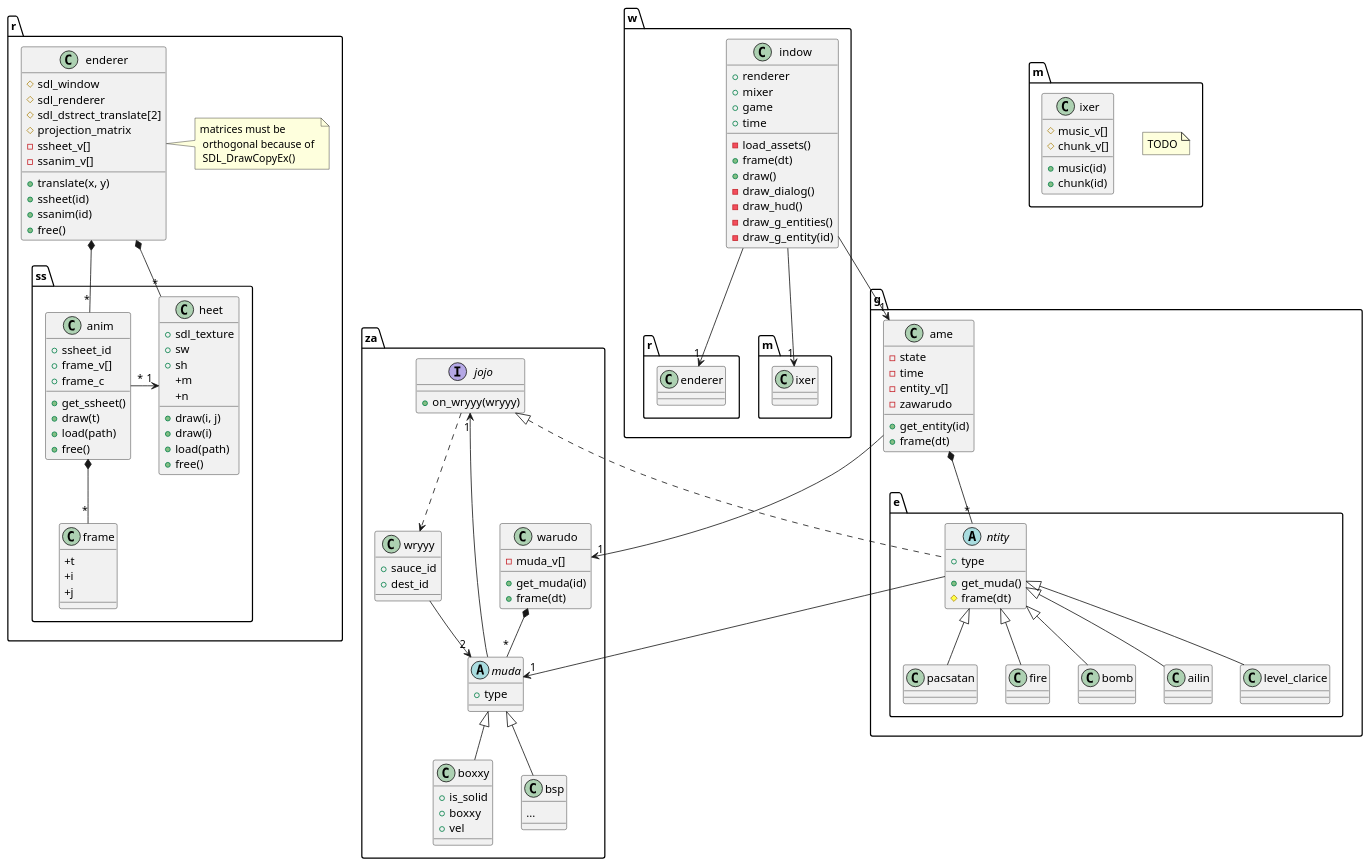
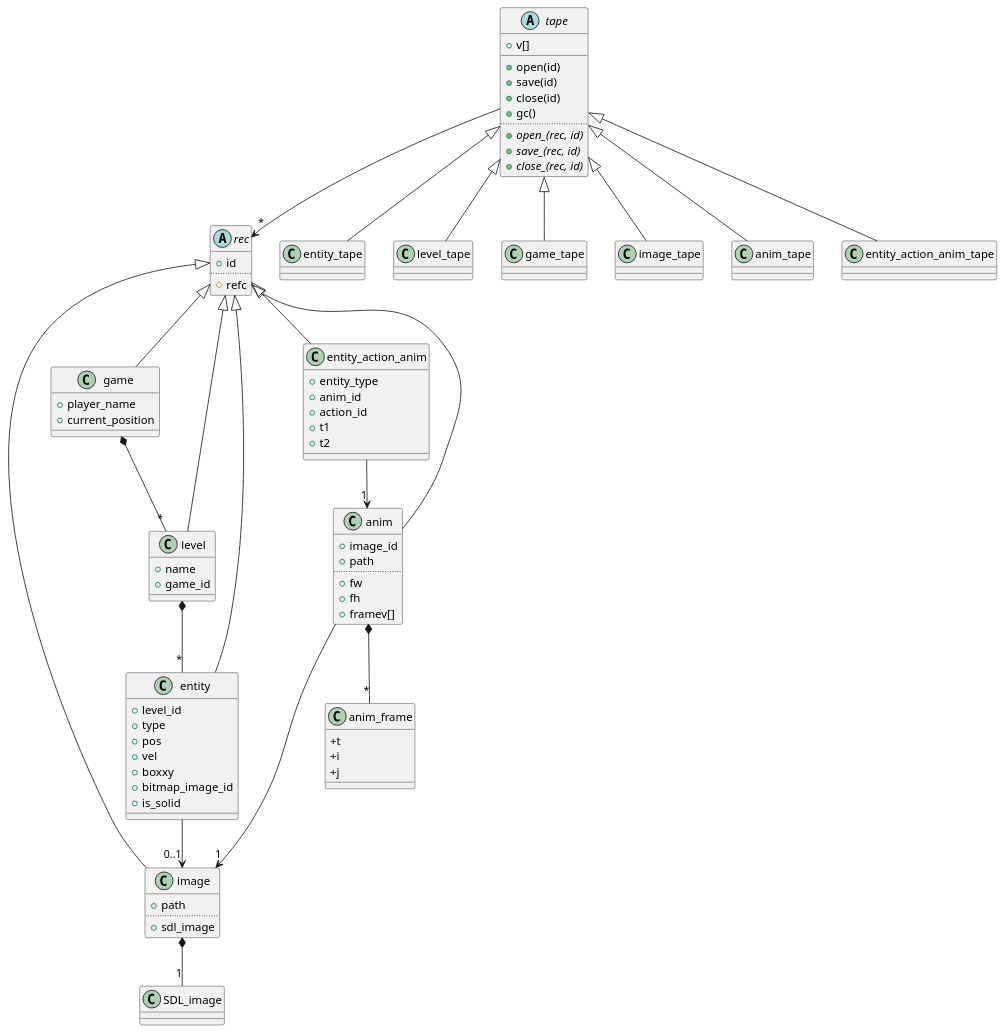
One commit to skylittlesystem/blank_game changed the diagram in doc/classes.plantuml. Above: the diagram before and after it, drawn with PlantUML.

Commit message:
WIP: Completely redesign class diagram.
Stuff is now based around a relational database.

```diff
--- a/doc/classes.plantuml
+++ b/doc/classes.plantuml
@@ -1,162 +1,104 @@
 @startuml
 
-namespace za {
-	interface jojo {
-		+on_wryyy(wryyy)
-	}
-
-	jojo ..> wryyy
-
-	abstract class muda {
-		+type
-	}
-
-	muda --> "1" jojo
-
-	class boxxy {
-		+is_solid
-		+boxxy
-		+vel
-	}
-
-	muda <|-- boxxy
-
-	class bsp {
-		...
-	}
-
-	muda <|-- bsp
-
-	class wryyy {
-		+sauce_id
-		+dest_id
-	}
-
-	wryyy --> "2" muda
-
-	class warudo {
-		-muda_v[]
-		+get_muda(id)
-		+frame(dt)
-	}
-
-	warudo *-- "*" muda
+abstract class rec {
+	+id
+	..
+	#refc
 }
 
-namespace g {
-	namespace e {
-		abstract class ntity {
-			+type
-			+get_muda()
-			#frame(dt)
-		}
-
-		za.jojo <|.. ntity
-		ntity --> "1" za.muda
-
-		ntity <|-- ailin
-		ntity <|-- level_clarice
-		ntity <|-- pacsatan
-		ntity <|-- fire
-		ntity <|-- bomb
-	}
-
-
-	class ame {
-		-state
-		-time
-		-entity_v[]
-		-zawarudo
-		+get_entity(id)
-		+frame(dt)
-	}
-
-	ame --> "1" za.warudo
-	ame *-- "*" g.e.ntity
+abstract class tape {
+	+v[]
+	__
+	+open(id)
+	+save(id)
+	+close(id)
+	+gc()
+	..
+	{abstract} +open_(rec, id)
+	{abstract} +save_(rec, id)
+	{abstract} +close_(rec, id)
 }
 
-namespace w {
-	class indow {
-		+renderer
-		+mixer
-		+game
-		+time
-		-load_assets()
-		+frame(dt)
-		+draw()
-		-draw_dialog()
-		-draw_hud()
-		-draw_g_entities()
-		-draw_g_entity(id)
-	}
+tape --> "*" rec
 
-	indow --> "1" r.enderer
-	indow --> "1" m.ixer
-	indow --> "1" g.ame
+class entity {
+	+level_id
+	+type
+	+pos
+	+vel
+	+boxxy
+	+bitmap_image_id
+	+is_solid
 }
 
-namespace r {
-	namespace ss {
-		class heet {
-			+sdl_texture
-			+sw
-			+sh
-			+m
-			+n
-			+draw(i, j)
-			+draw(i)
-			+load(path)
-			+free()
-		}
+entity --> "0..1" image
 
-		class frame {
-			+t
-			+i
-			+j
-		}
+rec <|-- entity
+tape <|-- entity_tape
 
-		class anim {
-			+ssheet_id
-			+frame_v[]
-			+frame_c
-			+get_ssheet()
-			+draw(t)
-			+load(path)
-			+free()
-		}
-
-		anim *-- "*" frame
-		anim "*" -> "1" heet
-	}
-
-	class enderer {
-		#sdl_window
-		#sdl_renderer
-		#sdl_dstrect_translate[2]
-		#projection_matrix
-		-ssheet_v[]
-		-ssanim_v[]
-		+translate(x, y)
-		+ssheet(id)
-		+ssanim(id)
-		+free()
-	}
-
-	note right: matrices must be \n orthogonal because of \n SDL_DrawCopyEx()
-
-	enderer *-- "*" r.ss.heet
-	enderer *-- "*" r.ss.anim
+class level {
+	+name
+	+game_id
 }
 
-namespace m {
-	note "TODO" as TODONOTE
+level *-- "*" entity
 
-	class ixer {
-		#music_v[]
-		#chunk_v[]
-		+music(id)
-		+chunk(id)
-	}
+rec <|-- level
+tape <|-- level_tape
+
+class game {
+	+player_name
+	+current_position
 }
 
+game *-- "*" level
+
+rec <|-- game
+tape <|-- game_tape
+
+class image {
+	+path
+	..
+	+sdl_image
+}
+
+image *-- "1" SDL_image
+
+rec <|-- image
+tape <|-- image_tape
+
+class anim_frame {
+	+t
+	+i
+	+j
+}
+
+class anim {
+	+image_id
+	+path
+	..
+	+fw
+	+fh
+	+framev[]
+}
+
+anim --> "1" image
+anim *-- "*" anim_frame
+
+rec <|-- anim
+tape <|-- anim_tape
+
+class entity_action_anim {
+	+entity_type
+	+anim_id
+	+action_id
+	+t1
+	+t2
+}
+
+entity_action_anim --> "1" anim
+
+rec <|-- entity_action_anim
+tape <|-- entity_action_anim_tape
+
 @enduml
```
